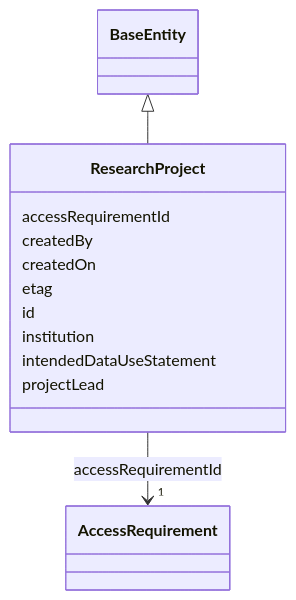
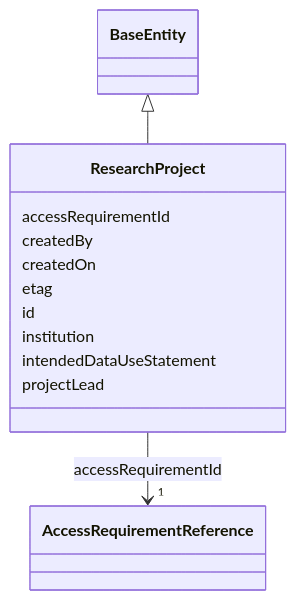
One commit to mc2-center/governanceDUO changed the diagram in docs/reference/classes/ResearchProject.md. Above: the diagram before and after it, drawn with Mermaid. The commit also changed other lines of this file and 18 other files, not shown here.

First line of the commit message:
Update docs for the AccessRequirementReference class

````diff
--- a/docs/reference/classes/ResearchProject.md
+++ b/docs/reference/classes/ResearchProject.md
@@ -23,34 +23,34 @@
 ```mermaid
  classDiagram
     class ResearchProject
     click ResearchProject href "../../classes/ResearchProject/"
       BaseEntity <|-- ResearchProject
         click BaseEntity href "../../classes/BaseEntity/"
       
       ResearchProject : accessRequirementId
         
           
     
         
         
-        ResearchProject --> "1" AccessRequirement : accessRequirementId
-        click AccessRequirement href "../../classes/AccessRequirement/"
+        ResearchProject --> "1" AccessRequirementReference : accessRequirementId
+        click AccessRequirementReference href "../../classes/AccessRequirementReference/"
     
 
         
       ResearchProject : createdBy
         
       ResearchProject : createdOn
         
       ResearchProject : etag
         
       ResearchProject : id
         
       ResearchProject : institution
         
       ResearchProject : intendedDataUseStatement
         
       ResearchProject : projectLead
         
       
 ```
````
